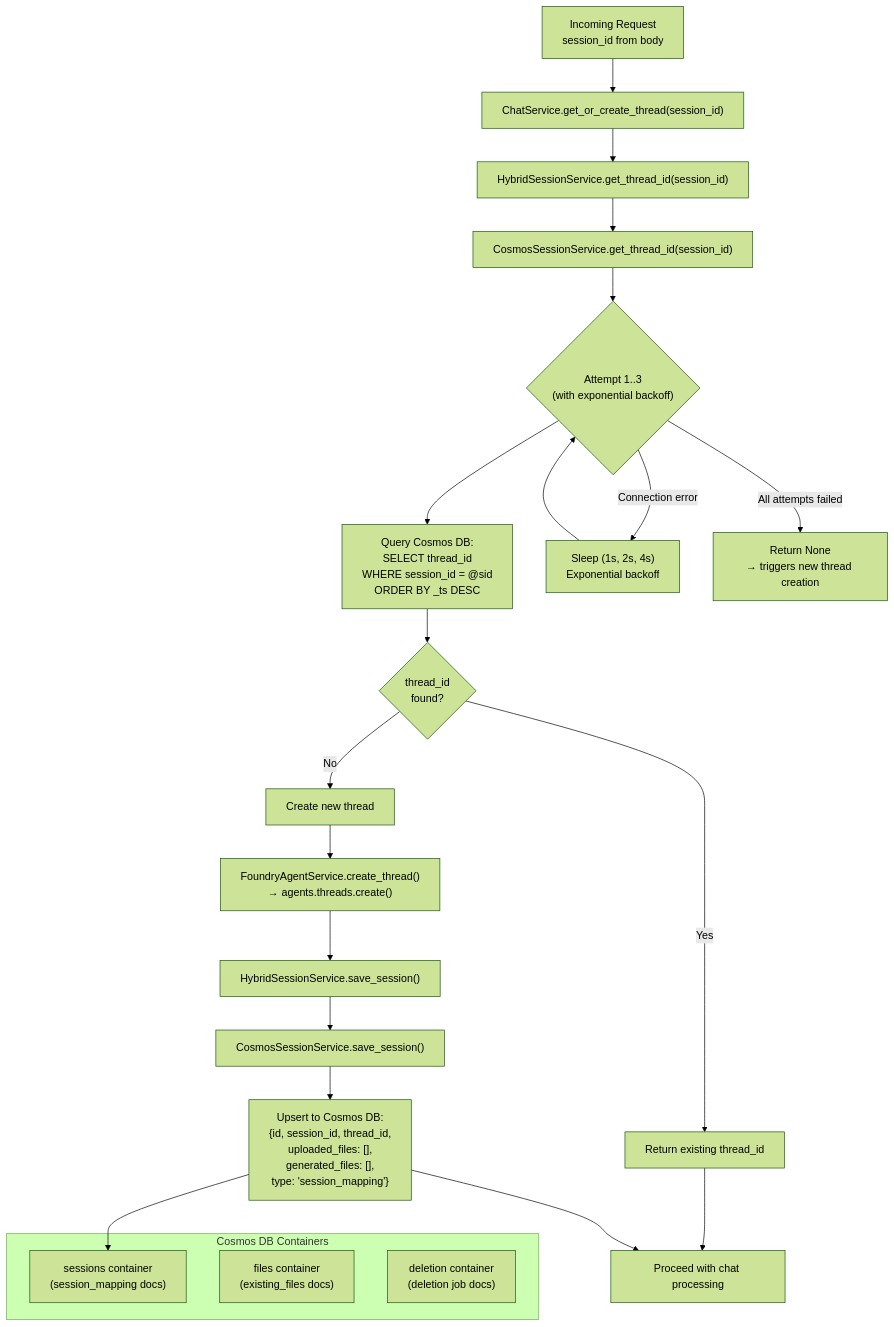
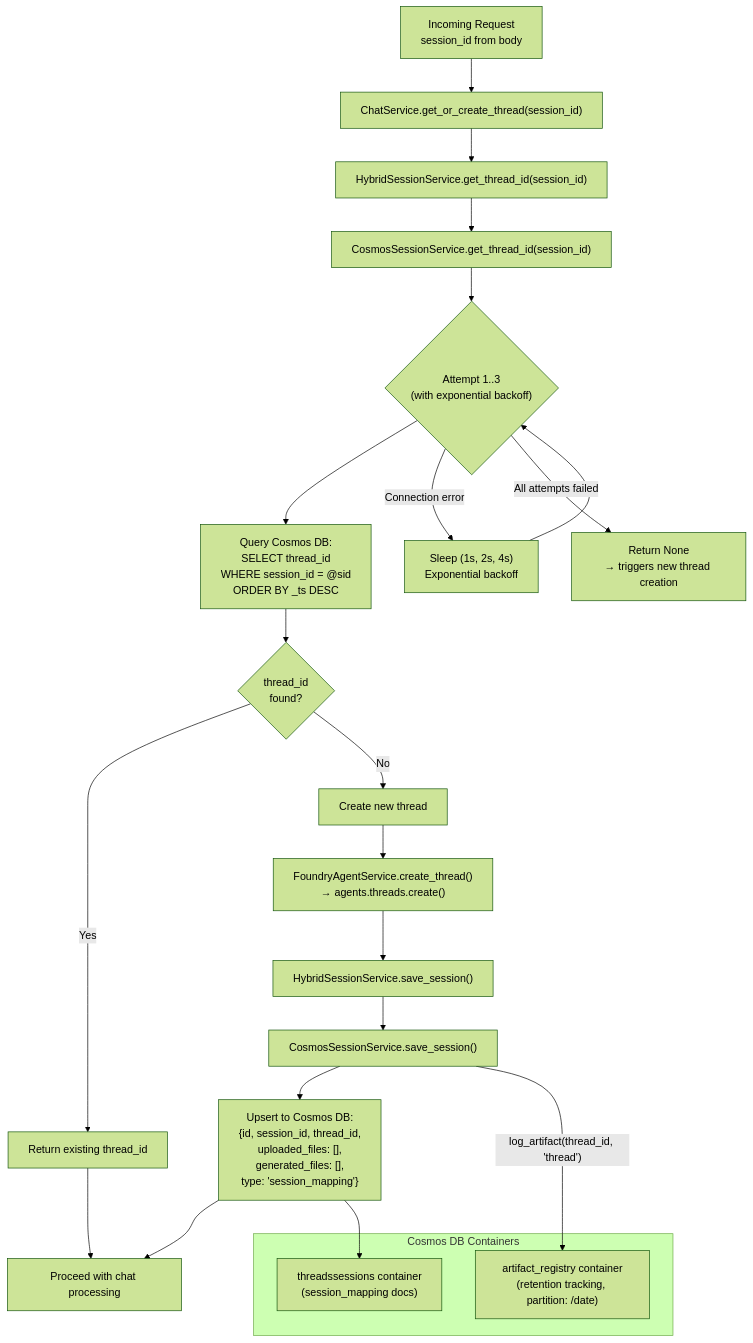
The fifth of 12 diagrams in architecture_diagram.md (sarahselwadi/data-analyst-agent), drawn with Mermaid (forest theme) before and after one commit. The commit also changed other lines of this file and 3 other files, not shown here.

````diff
--- a/architecture_diagram.md
+++ b/architecture_diagram.md
@@ -321,34 +321,34 @@
 ```mermaid
 flowchart TD
     REQ["Incoming Request<br/>session_id from body"] --> GET["ChatService.get_or_create_thread(session_id)"]
     GET --> HYBRID["HybridSessionService.get_thread_id(session_id)"]
     HYBRID --> COSMOS_Q["CosmosSessionService.get_thread_id(session_id)"]
 
     COSMOS_Q --> RETRY_LOOP{"Attempt 1..3<br/>(with exponential backoff)"}
     RETRY_LOOP --> QUERY["Query Cosmos DB:<br/>SELECT thread_id<br/>WHERE session_id = @sid<br/>ORDER BY _ts DESC"]
 
     QUERY --> FOUND{"thread_id<br/>found?"}
     FOUND -->|"Yes"| RETURN_TID["Return existing thread_id"]
     FOUND -->|"No"| CREATE_NEW["Create new thread"]
 
     CREATE_NEW --> AI_THREAD["FoundryAgentService.create_thread()<br/>→ agents.threads.create()"]
     AI_THREAD --> SAVE["HybridSessionService.save_session()"]
     SAVE --> COSMOS_SAVE["CosmosSessionService.save_session()"]
 
     COSMOS_SAVE --> UPSERT["Upsert to Cosmos DB:<br/>{id, session_id, thread_id,<br/>uploaded_files: [],<br/>generated_files: [],<br/>type: 'session_mapping'}"]
 
     RETRY_LOOP -->|"Connection error"| BACKOFF["Sleep (1s, 2s, 4s)<br/>Exponential backoff"]
     BACKOFF --> RETRY_LOOP
     RETRY_LOOP -->|"All attempts failed"| RETURN_NONE["Return None<br/>→ triggers new thread creation"]
 
     RETURN_TID --> PROCEED["Proceed with chat processing"]
     UPSERT --> PROCEED
 
     subgraph "Cosmos DB Containers"
-        C1["sessions container<br/>(session_mapping docs)"]
-        C2["files container<br/>(existing_files docs)"]
-        C3["deletion container<br/>(deletion job docs)"]
+        C1["threadssessions container<br/>(session_mapping docs)"]
+        C4["artifact_registry container<br/>(retention tracking, partition: /date)"]
     end
 
     UPSERT --> C1
+    COSMOS_SAVE -->|"log_artifact(thread_id, 'thread')"| C4
 ```
````
